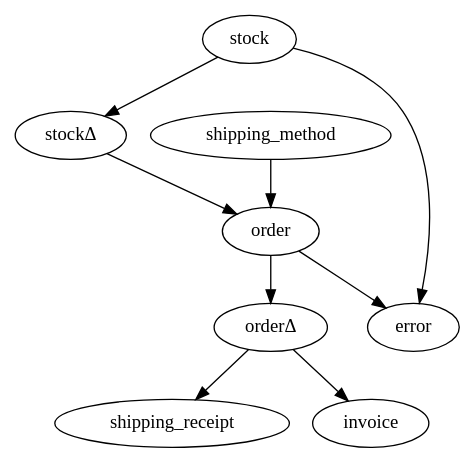
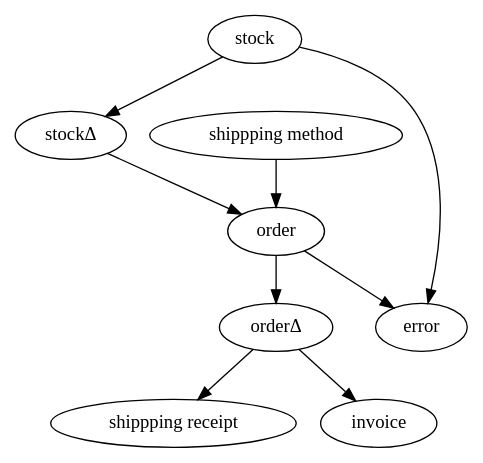
The sixth of 6 diagrams in overview.org (EciStg/order-placement), drawn with Graphviz before and after one commit. The commit also changed other lines of this file and 8 other files, not shown here.

Commit message:
overview : added full sequence diagram, removed the consumer actor (for now), fixed capitalization and spelling errors.

```diff
--- a/overview.org
+++ b/overview.org
@@ -66,15 +91,17 @@
 #+BEGIN_SRC dot cmdline: -Kdot -Tpng :file ./images/resource-types.dot.png
-  digraph {
-    stockD [ label="stock&Delta;" ]
-    orderD [ label="order&Delta;" ]
+    digraph {
+      stockD [ label="stock&Delta;" ]
+      orderD [ label="order&Delta;" ]
+      shippingMethod [label="shippping method"]
+      shippingReceipt [label="shippping receipt"]
 
-    stock -> error;
-    stock -> stockD;
-    stockD -> order;
-    shipping_method -> order;
-    order -> error;
-    order -> orderD;
-    orderD -> shipping_receipt;
-    orderD -> invoice;
-  }
+      stock -> error;
+      stock -> stockD;
+      stockD -> order;
+      shippingMethod -> order;
+      order -> error;
+      order -> orderD;
+      orderD -> shippingReceipt;
+      orderD -> invoice;
+    }
 #+END_SRC
```
